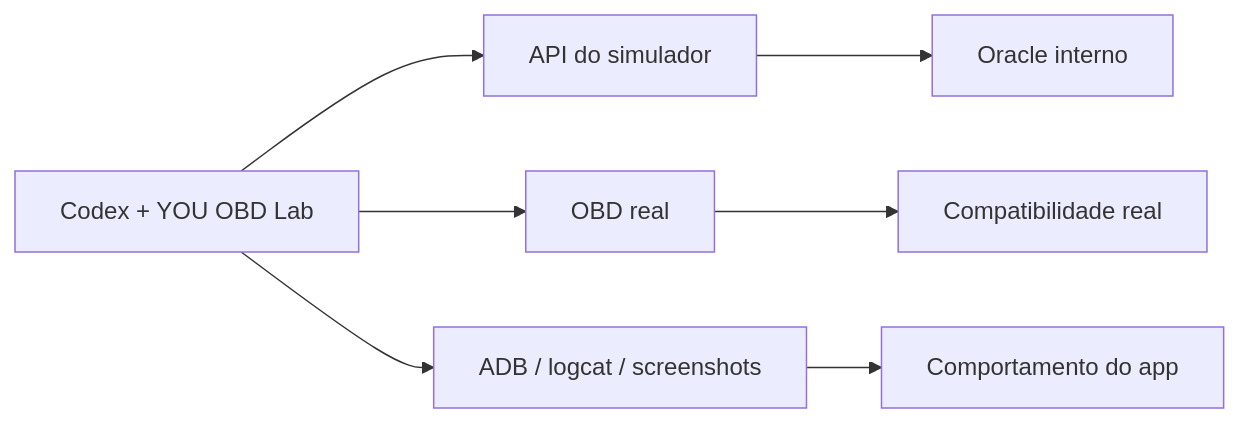
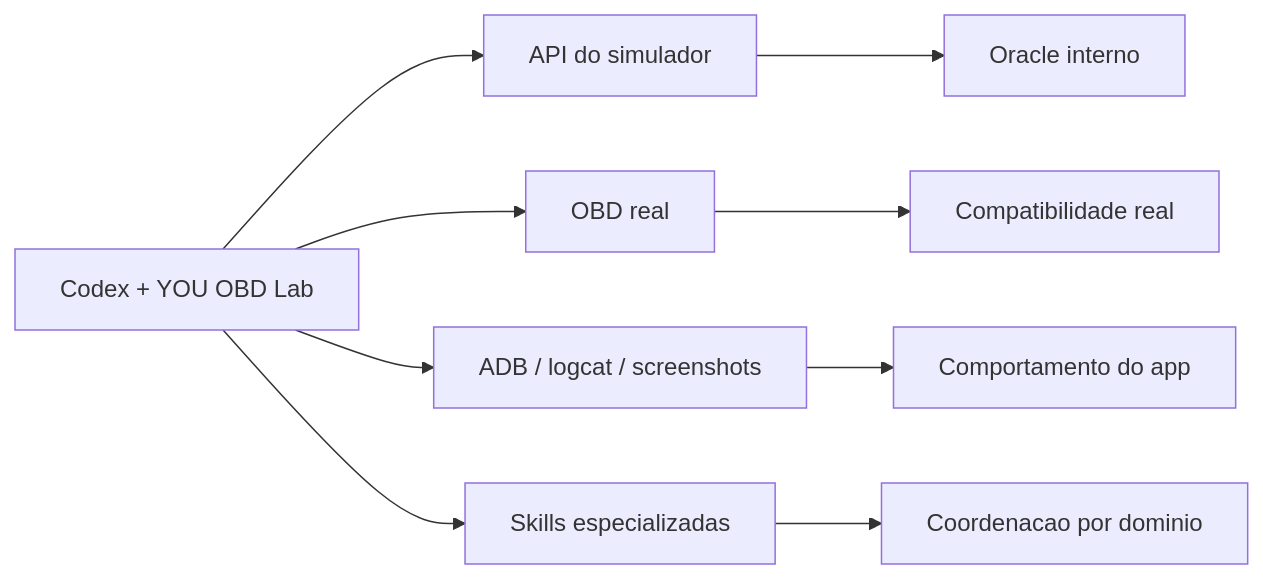
One commit to You-Telecom-Provedor-de-internet/you-obd-lab-plugin changed the diagram in README.md. Above: the diagram before and after it, drawn with Mermaid. The commit also changed other lines of this file and 11 other files, not shown here.

````diff
--- a/README.md
+++ b/README.md
@@ -58,9 +84,11 @@
 ```mermaid
 flowchart LR
     A["Codex + YOU OBD Lab"] --> B["API do simulador"]
     A --> C["OBD real"]
     A --> D["ADB / logcat / screenshots"]
-    B --> E["Oracle interno"]
-    C --> F["Compatibilidade real"]
-    D --> G["Comportamento do app"]
+    A --> E["Skills especializadas"]
+    B --> F["Oracle interno"]
+    C --> G["Compatibilidade real"]
+    D --> H["Comportamento do app"]
+    E --> I["Coordenacao por dominio"]
 ```
````
